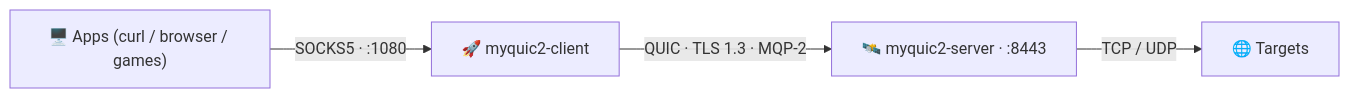
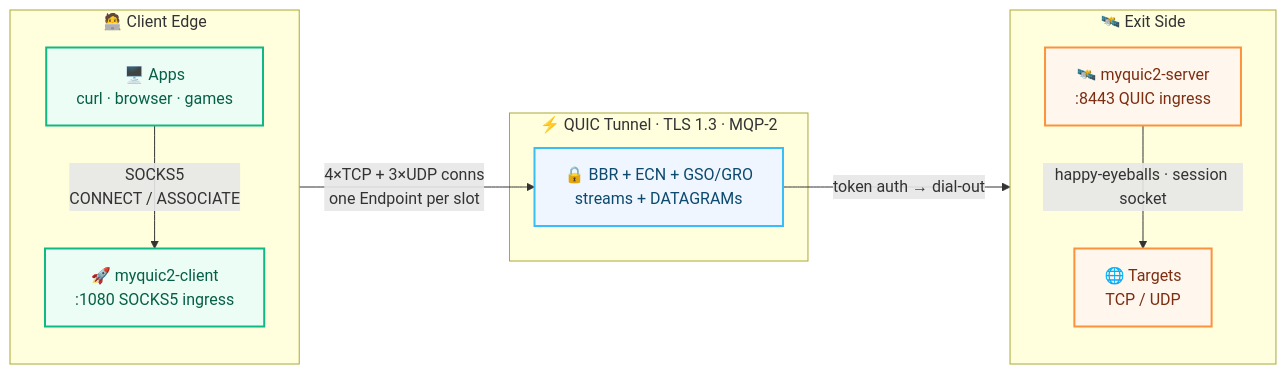
One commit to Terutoki/MyQUIC2 changed the first of 7 diagrams in README.md. Above: the diagram before and after it, drawn with Mermaid. The commit also changed other lines of this file, not shown here.

````diff
--- a/README.md
+++ b/README.md
@@ -40,6 +42,27 @@
 ```mermaid
 flowchart LR
-    APP["🖥️ Apps (curl / browser / games)"] -->|"SOCKS5 · :1080"| C["🚀 myquic2-client"]
-    C -->|"QUIC · TLS 1.3 · MQP-2"| S["🛰️ myquic2-server · :8443"]
-    S -->|"TCP / UDP"| NET["🌐 Targets"]
+    subgraph ClientEdge["🧑‍💻 Client Edge"]
+        direction TB
+        APP["🖥️ Apps<br/>curl · browser · games"]
+        CLI["🚀 myquic2-client<br/>:1080 SOCKS5 ingress"]
+    end
+    subgraph Tunnel["⚡ QUIC Tunnel · TLS 1.3 · MQP-2"]
+        Q["🔒 BBR + ECN + GSO/GRO<br/>streams + DATAGRAMs"]
+    end
+    subgraph ExitSide["🛰️ Exit Side"]
+        direction TB
+        SRV["🛰️ myquic2-server<br/>:8443 QUIC ingress"]
+        NET["🌐 Targets<br/>TCP / UDP"]
+    end
+    APP -->|"SOCKS5<br/>CONNECT / ASSOCIATE"| CLI
+    CLI -->|"4×TCP + 3×UDP conns<br/>one Endpoint per slot"| Q
+    Q -->|"token auth → dial-out"| SRV
+    SRV -->|"happy-eyeballs · session socket"| NET
+
+    classDef edge fill:#ecfdf5,stroke:#10b981,stroke-width:2px,color:#065f46
+    classDef tunnel fill:#eff6ff,stroke:#38bdf8,stroke-width:2px,color:#0c4a6e
+    classDef exit fill:#fff7ed,stroke:#fb923c,stroke-width:2px,color:#7c2d12
+    class APP,CLI edge
+    class Q tunnel
+    class SRV,NET exit
 ```
````
